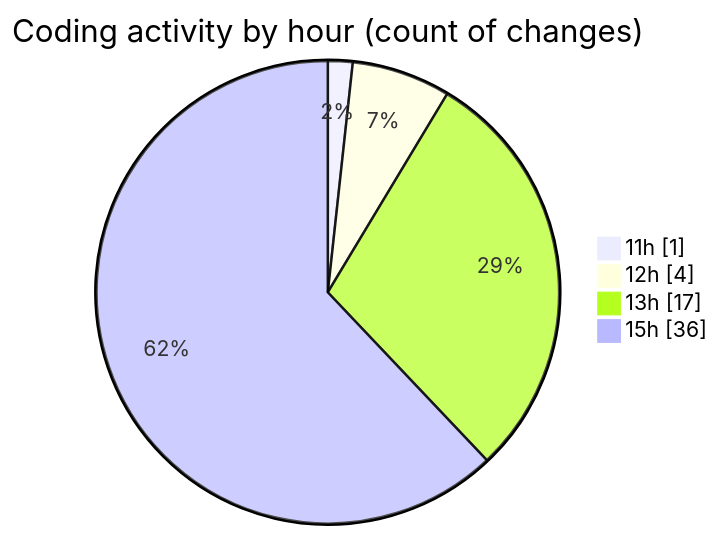
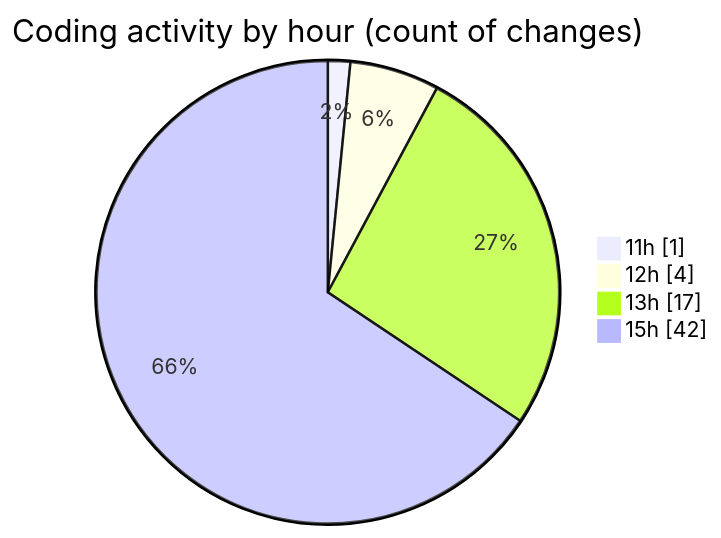
Before and after one commit to nxtqubesakshisongat/code-tracking: the second of 2 diagrams in 2025-09-28/nxtqube_webapp/README.md, drawn with Mermaid. The commit also changed other lines of this file and 1 other file, not shown here.

````diff
--- a/2025-09-28/nxtqube_webapp/README.md
+++ b/2025-09-28/nxtqube_webapp/README.md
@@ -29,8 +32,8 @@
 ```mermaid
 pie showData
 title Coding activity by hour (count of changes)
 "11h" : 1
 "12h" : 4
 "13h" : 17
-"15h" : 36
+"15h" : 42
 ```
````
